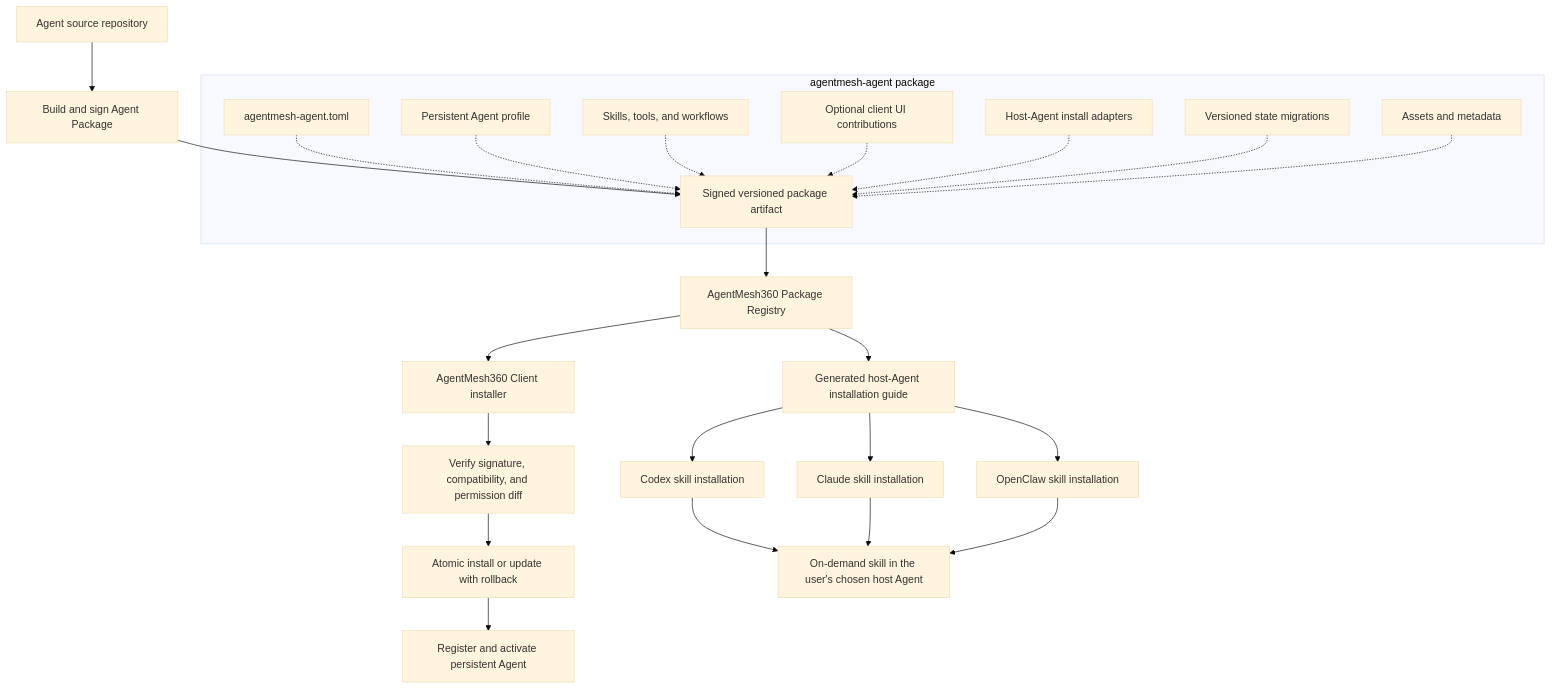
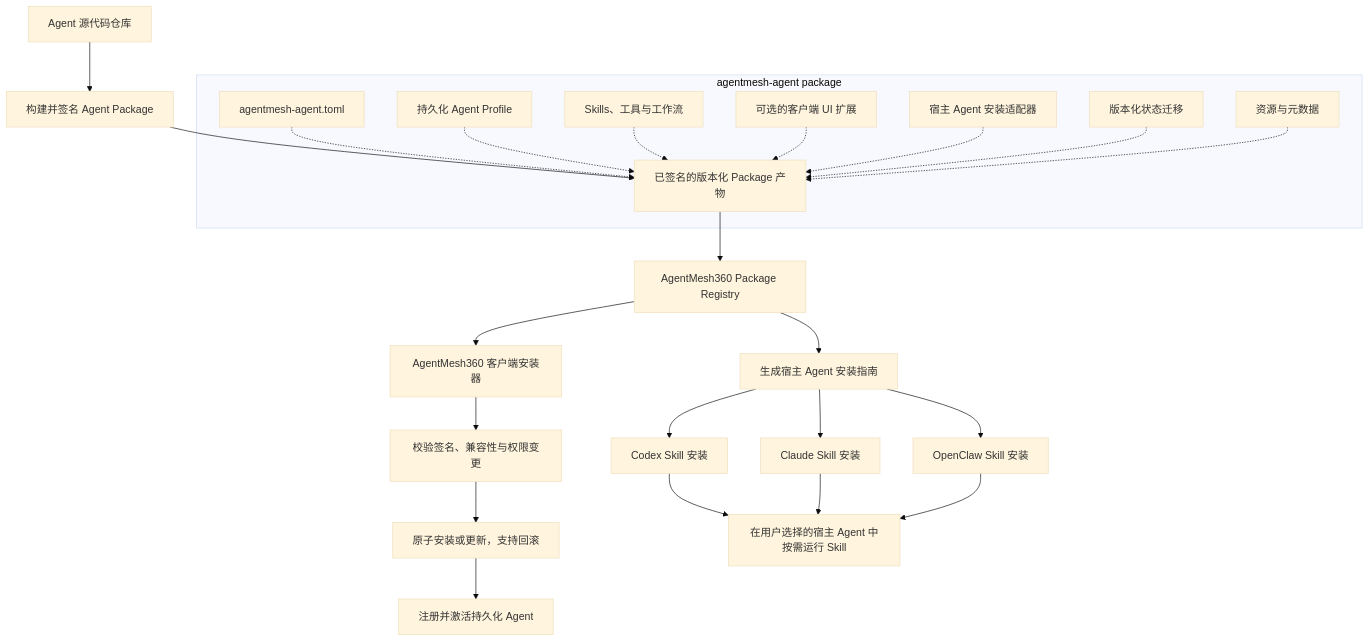
One commit to jiyangnan/AgentMesh360-Client changed the sixth of 8 diagrams in docs/architecture/PRODUCT_BLUEPRINT.md. Above: the diagram before and after it, drawn with Mermaid (base theme). The commit also changed other lines of this file and 2 other files, not shown here.

````diff
--- a/docs/architecture/PRODUCT_BLUEPRINT.md
+++ b/docs/architecture/PRODUCT_BLUEPRINT.md
@@ -310,38 +305,38 @@
 ```mermaid
 flowchart TB
-    SOURCE["Agent source repository"] --> BUILD["Build and sign Agent Package"]
+    SOURCE["Agent 源代码仓库"] --> BUILD["构建并签名 Agent Package"]
 
     subgraph PACKAGE["agentmesh-agent package"]
         MANIFEST["agentmesh-agent.toml"]
-        PROFILE["Persistent Agent profile"]
-        SKILLS["Skills, tools, and workflows"]
-        UI_CONTRIB["Optional client UI contributions"]
-        ADAPTERS["Host-Agent install adapters"]
-        MIGRATIONS["Versioned state migrations"]
-        ASSETS["Assets and metadata"]
-        BUNDLE["Signed versioned package artifact"]
+        PROFILE["持久化 Agent Profile"]
+        SKILLS["Skills、工具与工作流"]
+        UI_CONTRIB["可选的客户端 UI 扩展"]
+        ADAPTERS["宿主 Agent 安装适配器"]
+        MIGRATIONS["版本化状态迁移"]
+        ASSETS["资源与元数据"]
+        BUNDLE["已签名的版本化 Package 产物"]
     end
 
     BUILD --> BUNDLE
     MANIFEST -.-> BUNDLE
     PROFILE -.-> BUNDLE
     SKILLS -.-> BUNDLE
     UI_CONTRIB -.-> BUNDLE
     ADAPTERS -.-> BUNDLE
     MIGRATIONS -.-> BUNDLE
     ASSETS -.-> BUNDLE
     BUNDLE --> REGISTRY["AgentMesh360 Package Registry"]
 
-    REGISTRY --> DESKTOP["AgentMesh360 Client installer"]
-    DESKTOP --> VERIFY["Verify signature, compatibility, and permission diff"]
-    VERIFY --> ATOMIC["Atomic install or update with rollback"]
-    ATOMIC --> PERSISTENT["Register and activate persistent Agent"]
+    REGISTRY --> DESKTOP["AgentMesh360 客户端安装器"]
+    DESKTOP --> VERIFY["校验签名、兼容性与权限变更"]
+    VERIFY --> ATOMIC["原子安装或更新，支持回滚"]
+    ATOMIC --> PERSISTENT["注册并激活持久化 Agent"]
 
-    REGISTRY --> GUIDE["Generated host-Agent installation guide"]
-    GUIDE --> CODEX["Codex skill installation"]
-    GUIDE --> CLAUDE["Claude skill installation"]
-    GUIDE --> OPENCLAW["OpenClaw skill installation"]
-    CODEX --> HOST_SKILL["On-demand skill in the user's chosen host Agent"]
+    REGISTRY --> GUIDE["生成宿主 Agent 安装指南"]
+    GUIDE --> CODEX["Codex Skill 安装"]
+    GUIDE --> CLAUDE["Claude Skill 安装"]
+    GUIDE --> OPENCLAW["OpenClaw Skill 安装"]
+    CODEX --> HOST_SKILL["在用户选择的宿主 Agent 中按需运行 Skill"]
     CLAUDE --> HOST_SKILL
     OPENCLAW --> HOST_SKILL
 ```
````
